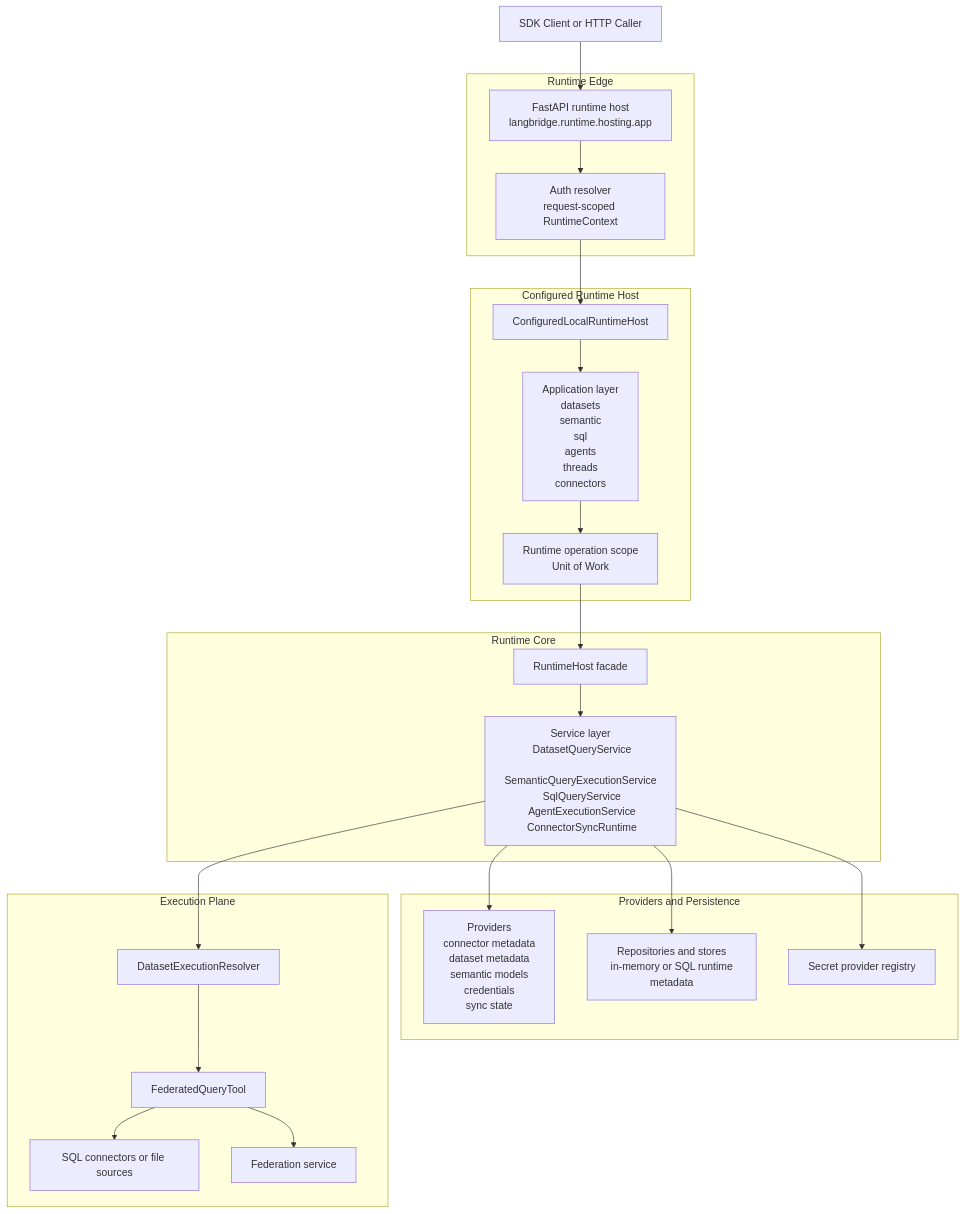
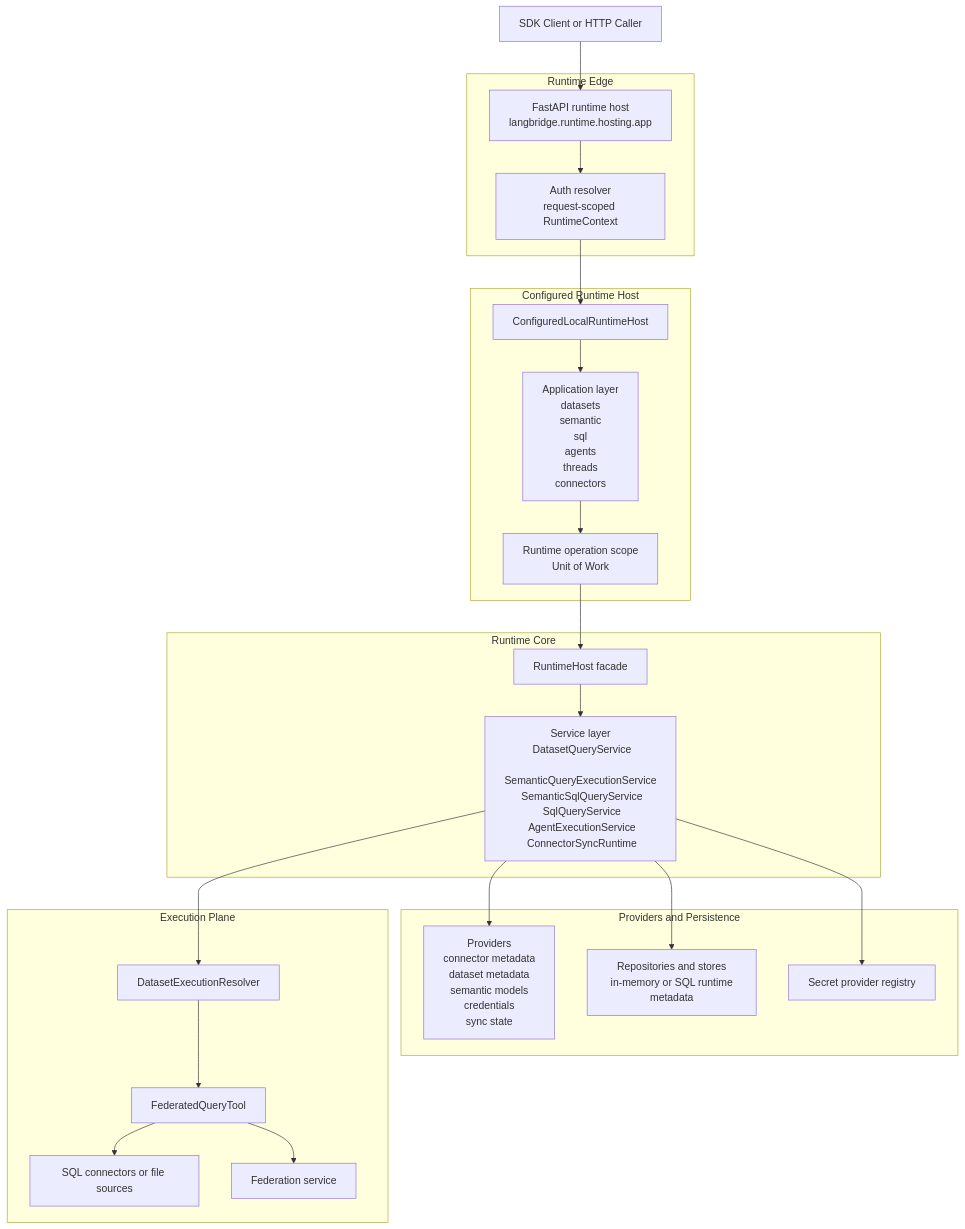
One commit to CallumWalterWhite/langbridge changed the first of 8 diagrams in docs/architecture/runtime-api-layering.md. Above: the diagram before and after it, drawn with Mermaid. The commit also changed other lines of this file and 152 other files, not shown here.

Commit message:
wip(v1): checkpoint runtime query, federation, agent, and ui hardening

````diff
--- a/docs/architecture/runtime-api-layering.md
+++ b/docs/architecture/runtime-api-layering.md
@@ -7,48 +7,48 @@
 ```mermaid
 flowchart TD
     Client[SDK Client or HTTP Caller]
 
     subgraph Edge[Runtime Edge]
         FastAPI[FastAPI runtime host\nlangbridge.runtime.hosting.app]
         Auth[Auth resolver\nrequest-scoped RuntimeContext]
     end
 
     subgraph Host[Configured Runtime Host]
         ConfiguredHost[ConfiguredLocalRuntimeHost]
         Apps[Application layer\n datasets\n semantic\n sql\n agents\n threads\n connectors]
         UoW[Runtime operation scope\nUnit of Work]
     end
 
     subgraph Core[Runtime Core]
         RuntimeHost[RuntimeHost facade]
-        Services[Service layer\n DatasetQueryService\n SemanticQueryExecutionService\n SqlQueryService\n AgentExecutionService\n ConnectorSyncRuntime]
+        Services[Service layer\n DatasetQueryService\n SemanticQueryExecutionService\n SemanticSqlQueryService\n SqlQueryService\n AgentExecutionService\n ConnectorSyncRuntime]
     end
 
     subgraph Infra[Providers and Persistence]
         Providers[Providers\n connector metadata\n dataset metadata\n semantic models\n credentials\n sync state]
         Persistence[Repositories and stores\n in-memory or SQL runtime metadata]
         Secrets[Secret provider registry]
     end
 
     subgraph Exec[Execution Plane]
         Resolver[DatasetExecutionResolver]
         FQ[FederatedQueryTool]
         Connectors[SQL connectors or file sources]
         Federation[Federation service]
     end
 
     Client --> FastAPI
     FastAPI --> Auth
     Auth --> ConfiguredHost
     ConfiguredHost --> Apps
     Apps --> UoW
     UoW --> RuntimeHost
     RuntimeHost --> Services
     Services --> Providers
     Services --> Persistence
     Services --> Secrets
     Services --> Resolver
     Resolver --> FQ
     FQ --> Connectors
     FQ --> Federation
 ```
````
